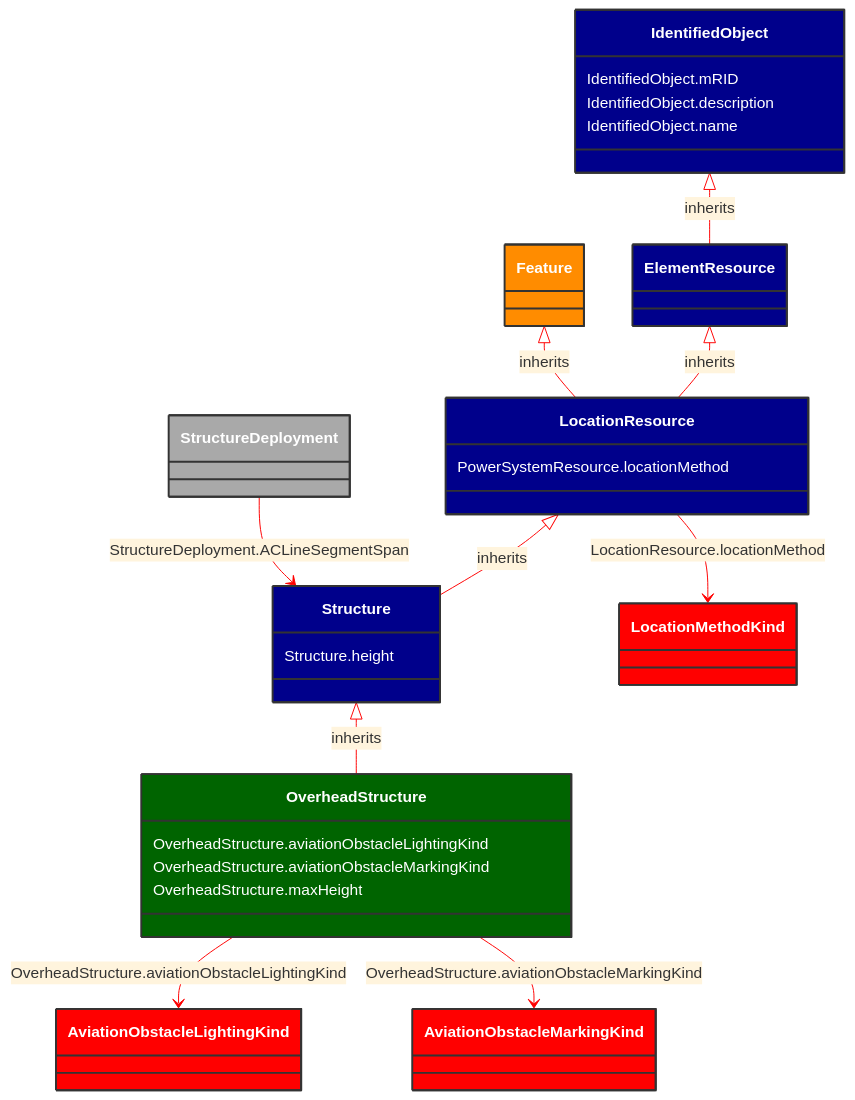
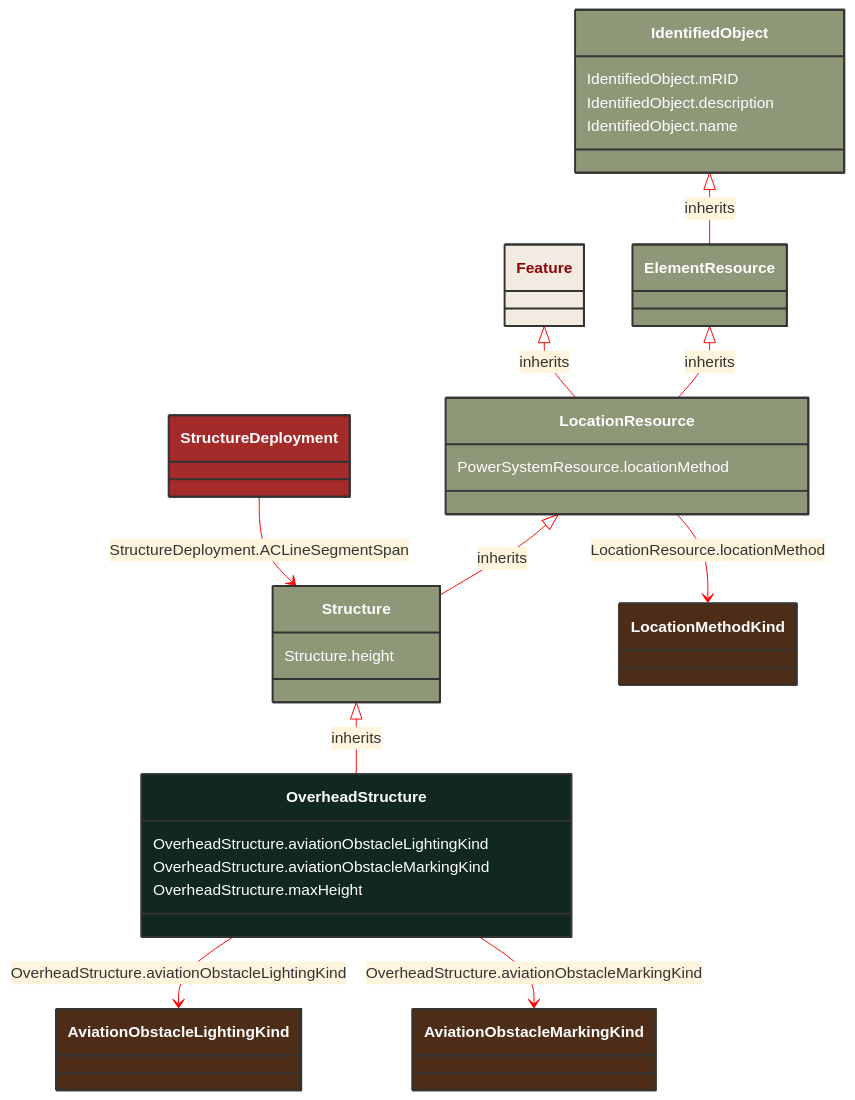
Before and after one commit to 3lbits/NoCIMExtensions: the diagram in docs/Models/Profiles/AviationObstacle/ConcreteClasses/OverheadStructure.md, drawn with Mermaid. The commit also changed 190 other files, not shown here.

````diff
--- a/docs/Models/Profiles/AviationObstacle/ConcreteClasses/OverheadStructure.md
+++ b/docs/Models/Profiles/AviationObstacle/ConcreteClasses/OverheadStructure.md
@@ -8,63 +8,59 @@
 ```mermaid
 %%{init: {'theme':'base','themeVariables': {'lineColor': '#FF0000'}}}%%
 classDiagram
     class OverheadStructure
     click OverheadStructure href "/Models/Profiles/AviationObstacle/ConcreteClasses/OverheadStructure/"
-    style OverheadStructure fill:#006400,stroke:#333,stroke-width:2px,rx:10,ry:10,color:white
-
+    style OverheadStructure fill:#102820,stroke:#333,stroke-width:2px,rx:10,ry:10,color:white
+     
         Structure <|-- OverheadStructure : inherits
             click Structure href "/Models/Profiles/AviationObstacle/AbstractClasses/Structure/"
-            style Structure fill:#00008B,stroke:#333,stroke-width:2px,rx:10,ry:10,color:white
-
-        OverheadStructure
-            click OverheadStructure href "/Models/Profiles/AviationObstacle/ConcreteClasses/OverheadStructure/"
-            style Structure fill:#00008B,stroke:#333,stroke-width:2px,rx:10,ry:10,color:white
-
+            style Structure fill:#8F9779,stroke:#333,stroke-width:2px,rx:10,ry:10,color:white
+     
         LocationResource <|-- Structure : inherits
             click LocationResource href "/Models/Profiles/AviationObstacle/AbstractClasses/LocationResource/"
-            style LocationResource fill:#00008B,stroke:#333,stroke-width:2px,rx:10,ry:10,color:white
-
+            style LocationResource fill:#8F9779,stroke:#333,stroke-width:2px,rx:10,ry:10,color:white
+     
         ElementResource <|-- LocationResource : inherits
             click ElementResource href "/Models/Profiles/AviationObstacle/AbstractClasses/ElementResource/"
-            style ElementResource fill:#00008B,stroke:#333,stroke-width:2px,rx:10,ry:10,color:white
-
+            style ElementResource fill:#8F9779,stroke:#333,stroke-width:2px,rx:10,ry:10,color:white
+     
         IdentifiedObject <|-- ElementResource : inherits
             click IdentifiedObject href "/Models/Profiles/AviationObstacle/AbstractClasses/IdentifiedObject/"
-            style IdentifiedObject fill:#00008B,stroke:#333,stroke-width:2px,rx:10,ry:10,color:white
+            style IdentifiedObject fill:#8F9779,stroke:#333,stroke-width:2px,rx:10,ry:10,color:white
 
         Feature <|-- LocationResource : inherits
             click Feature href "/Models/Profiles/AviationObstacle/ConcreteClasses/Feature/"
-            style Feature fill:#FF8C00,stroke:#333,stroke-width:2px,rx:10,ry:10,color:white
+            style Feature fill:#F2EBE2,stroke:#333,stroke-width:2px,rx:10,ry:10,color:#8A0303
 
 
         StructureDeployment --> Structure : StructureDeployment.ACLineSegmentSpan
 
         StructureDeployment
             click StructureDeployment href "/Models/Profiles/AviationObstacle/ConcreteClasses/StructureDeployment/"
-            style StructureDeployment fill:#A9A9A9,stroke:#333,stroke-width:2px,rx:10,ry:10,color:white
+            style StructureDeployment fill:#A52A2A,stroke:#333,stroke-width:2px,rx:10,ry:10,color:white
 
         OverheadStructure --> AviationObstacleLightingKind : OverheadStructure.aviationObstacleLightingKind
 
         AviationObstacleLightingKind
             click AviationObstacleLightingKind href "/Models/Profiles/AviationObstacle/Enumerations/AviationObstacleLightingKind/"
-            style AviationObstacleLightingKind fill:#FF0000,stroke:#333,stroke-width:2px,rx:10,ry:10,color:white
+            style AviationObstacleLightingKind fill:#4D2D18,stroke:#333,stroke-width:2px,rx:10,ry:10,color:white
         OverheadStructure --> AviationObstacleMarkingKind : OverheadStructure.aviationObstacleMarkingKind
 
         AviationObstacleMarkingKind
             click AviationObstacleMarkingKind href "/Models/Profiles/AviationObstacle/Enumerations/AviationObstacleMarkingKind/"
-            style AviationObstacleMarkingKind fill:#FF0000,stroke:#333,stroke-width:2px,rx:10,ry:10,color:white
+            style AviationObstacleMarkingKind fill:#4D2D18,stroke:#333,stroke-width:2px,rx:10,ry:10,color:white
         LocationResource --> LocationMethodKind : LocationResource.locationMethod
 
         LocationMethodKind
             click LocationMethodKind href "/Models/Profiles/AviationObstacle/Enumerations/LocationMethodKind/"
-            style LocationMethodKind fill:#FF0000,stroke:#333,stroke-width:2px,rx:10,ry:10,color:white
+            style LocationMethodKind fill:#4D2D18,stroke:#333,stroke-width:2px,rx:10,ry:10,color:white
 
         OverheadStructure : OverheadStructure.aviationObstacleLightingKind
         OverheadStructure : OverheadStructure.aviationObstacleMarkingKind
         OverheadStructure : OverheadStructure.maxHeight
         Structure : Structure.height
         LocationResource : PowerSystemResource.locationMethod
         IdentifiedObject : IdentifiedObject.mRID
         IdentifiedObject : IdentifiedObject.description
         IdentifiedObject : IdentifiedObject.name
 ```
````
